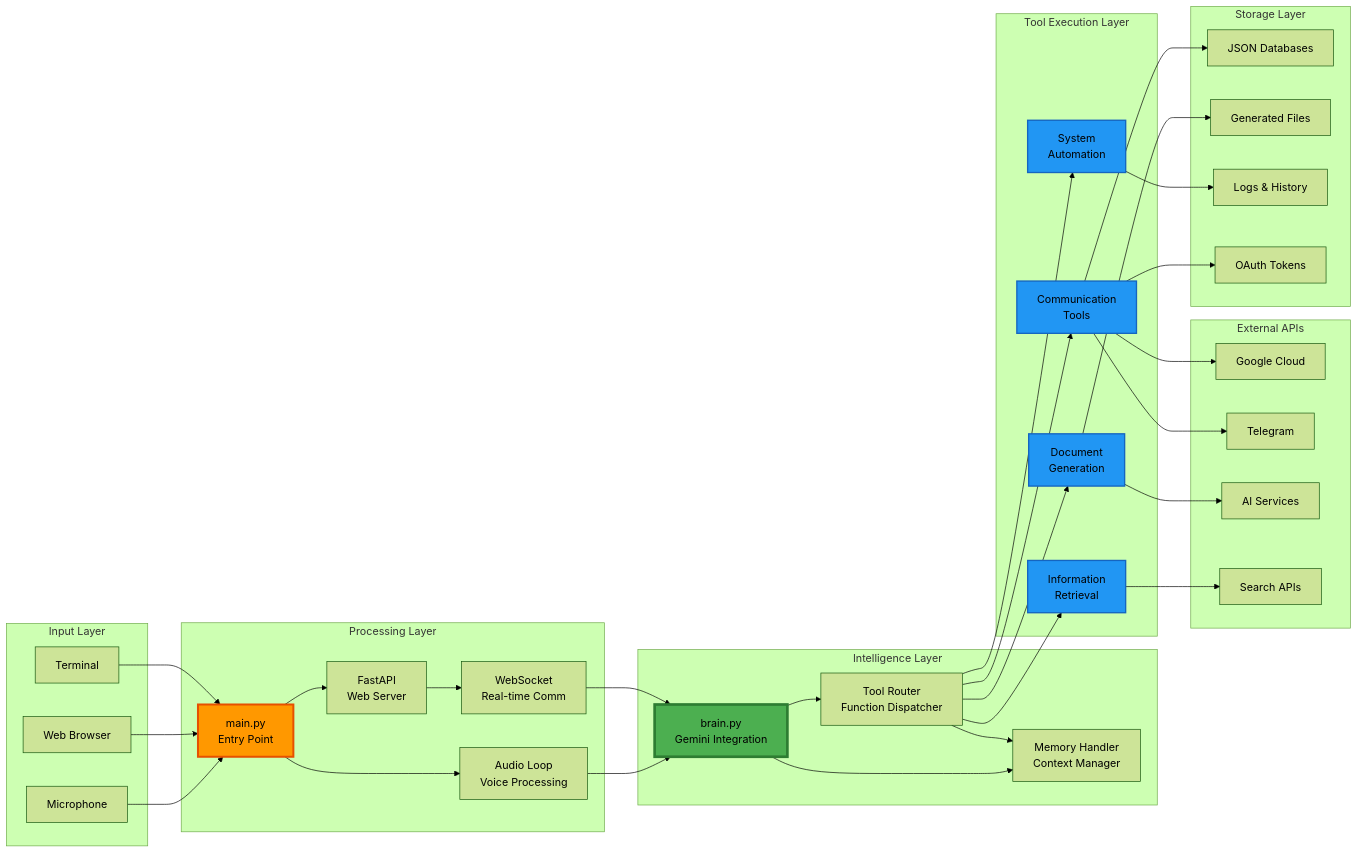
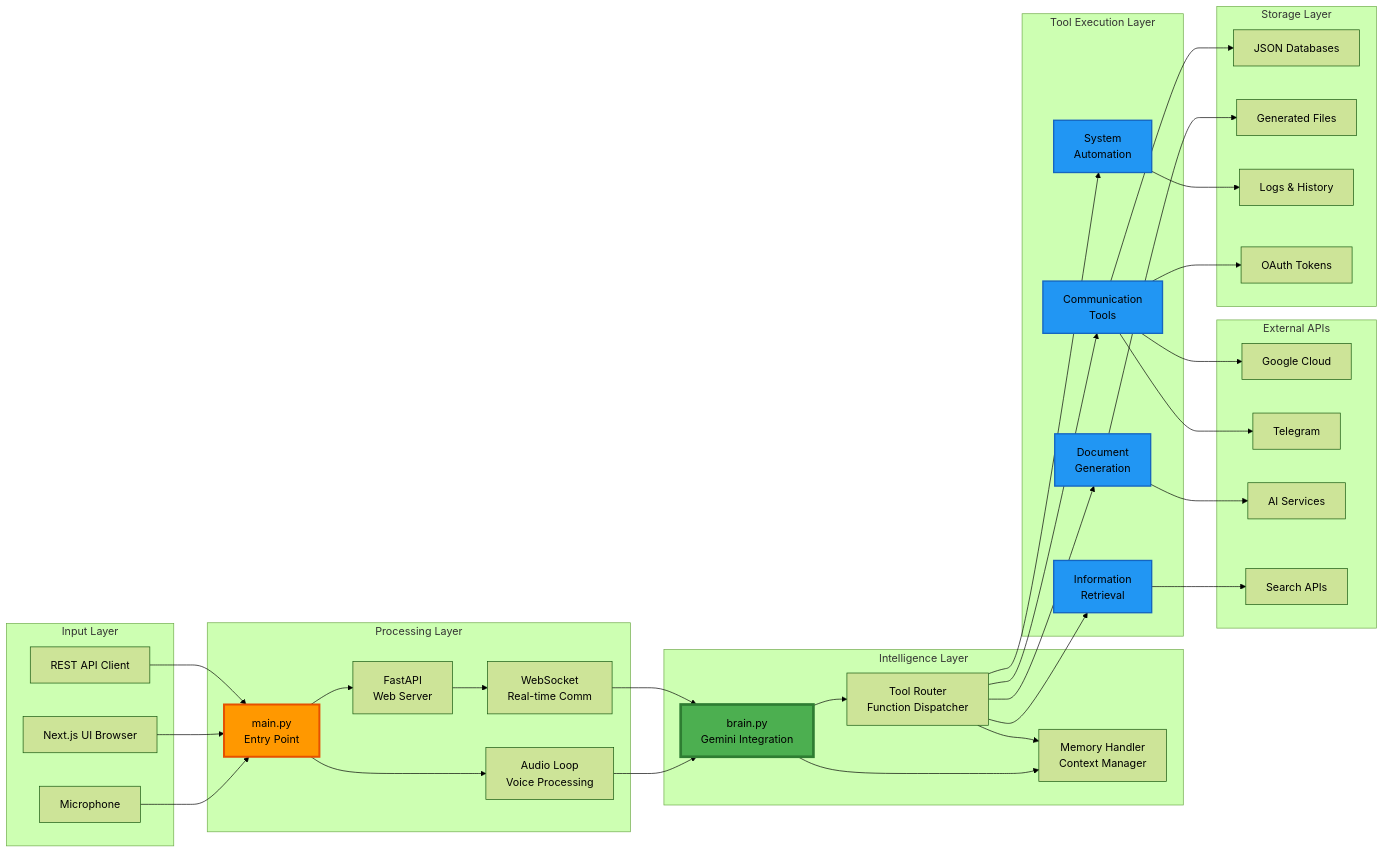
The second of 7 diagrams in ARCHITECTURE_FLOWCHART.md (syedmehfooz47/Friday2), drawn with Mermaid (forest theme) before and after one commit. The commit also changed other lines of this file and 3 other files, not shown here.

````diff
--- a/ARCHITECTURE_FLOWCHART.md
+++ b/ARCHITECTURE_FLOWCHART.md
@@ -230,79 +238,79 @@
 ```mermaid
 flowchart LR
     subgraph "Input Layer"
         I1[Microphone]
-        I2[Web Browser]
-        I3[Terminal]
+        I2[Next.js UI Browser]
+        I3[REST API Client]
     end
     
     subgraph "Processing Layer"
         P1[main.py<br/>Entry Point]
         P2[Audio Loop<br/>Voice Processing]
         P3[FastAPI<br/>Web Server]
         P4[WebSocket<br/>Real-time Comm]
     end
     
     subgraph "Intelligence Layer"
         AI1[brain.py<br/>Gemini Integration]
         AI2[Tool Router<br/>Function Dispatcher]
         AI3[Memory Handler<br/>Context Manager]
     end
     
     subgraph "Tool Execution Layer"
         T1[Communication<br/>Tools]
         T2[Document<br/>Generation]
         T3[System<br/>Automation]
         T4[Information<br/>Retrieval]
     end
     
     subgraph "Storage Layer"
         S1[JSON Databases]
         S2[Generated Files]
         S3[Logs & History]
         S4[OAuth Tokens]
     end
     
     subgraph "External APIs"
         E1[Google Cloud]
         E2[Telegram]
         E3[AI Services]
         E4[Search APIs]
     end
     
     I1 --> P1
     I2 --> P1
     I3 --> P1
     
     P1 --> P2
     P1 --> P3
     P3 --> P4
     
     P2 --> AI1
     P4 --> AI1
     
     AI1 --> AI2
     AI1 --> AI3
     AI2 --> AI3
     
     AI2 --> T1
     AI2 --> T2
     AI2 --> T3
     AI2 --> T4
     
     T1 --> S1
     T2 --> S2
     T3 --> S3
     T1 --> S4
     
     T1 --> E1
     T1 --> E2
     T2 --> E3
     T4 --> E4
     
     style AI1 fill:#4CAF50,stroke:#2E7D32,stroke-width:4px
     style P1 fill:#FF9800,stroke:#E65100,stroke-width:3px
     style T1 fill:#2196F3,stroke:#1565C0,stroke-width:2px
     style T2 fill:#2196F3,stroke:#1565C0,stroke-width:2px
     style T3 fill:#2196F3,stroke:#1565C0,stroke-width:2px
     style T4 fill:#2196F3,stroke:#1565C0,stroke-width:2px
 ```
````
